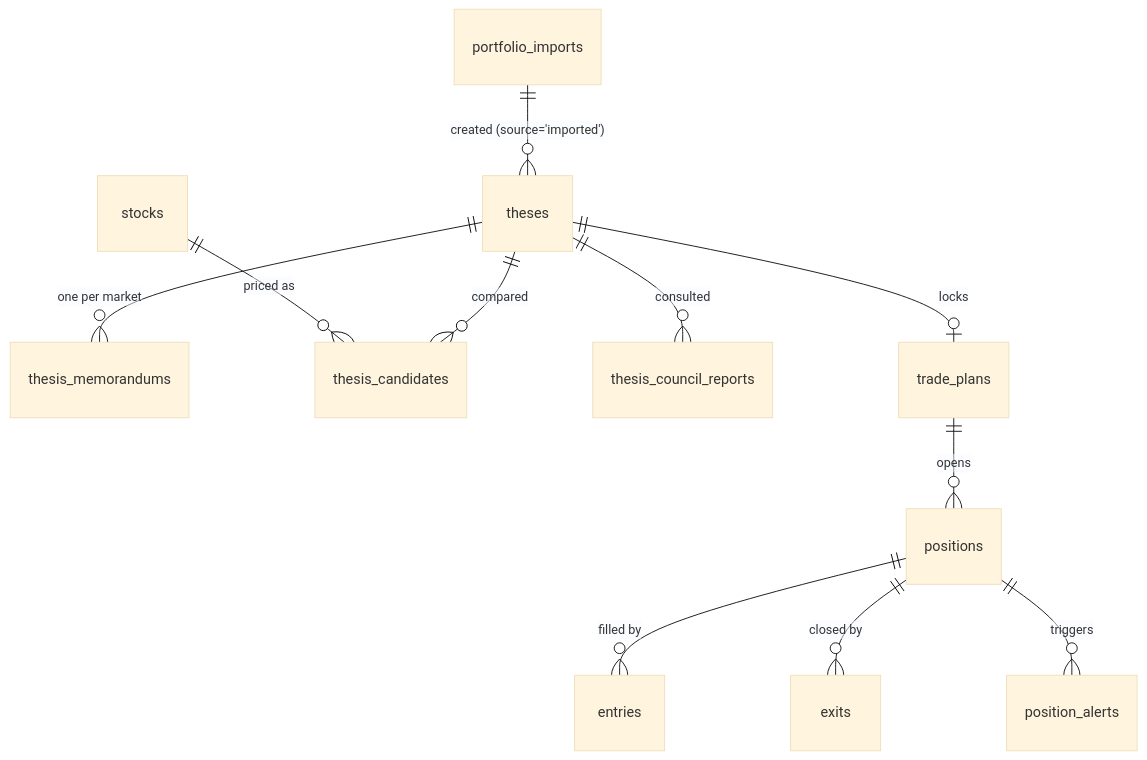
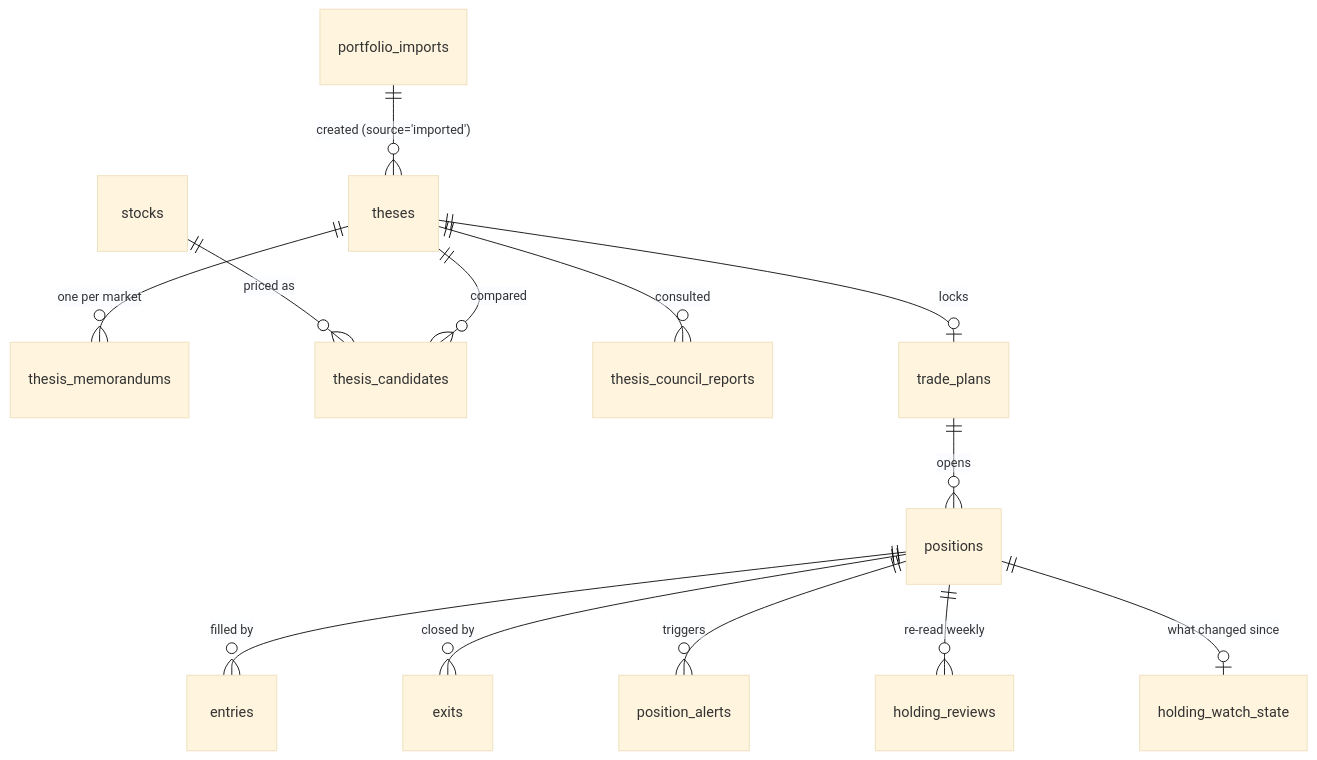
Before and after one commit to harshf15-code/Jarvis_Investment_Thesis_Validator: the second of 2 diagrams in README.md, drawn with Mermaid (base theme). The commit also changed other lines of this file and 21 other files, not shown here.

First line of the commit message:
feat(watch): an initial read on every imported holding, then a weekly re-check

````diff
--- a/README.md
+++ b/README.md
@@ -356,13 +389,15 @@
 ```mermaid
 erDiagram
     theses ||--o{ thesis_memorandums : "one per market"
     theses ||--o{ thesis_candidates : "compared"
     theses ||--o{ thesis_council_reports : "consulted"
     theses ||--o| trade_plans : "locks"
     trade_plans ||--o{ positions : "opens"
     positions ||--o{ entries : "filled by"
     positions ||--o{ exits : "closed by"
     positions ||--o{ position_alerts : "triggers"
     stocks ||--o{ thesis_candidates : "priced as"
     portfolio_imports ||--o{ theses : "created (source='imported')"
+    positions ||--o{ holding_reviews : "re-read weekly"
+    positions ||--o| holding_watch_state : "what changed since"
 ```
````
